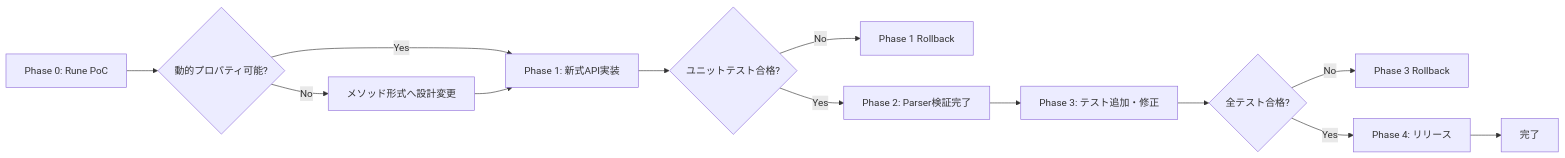
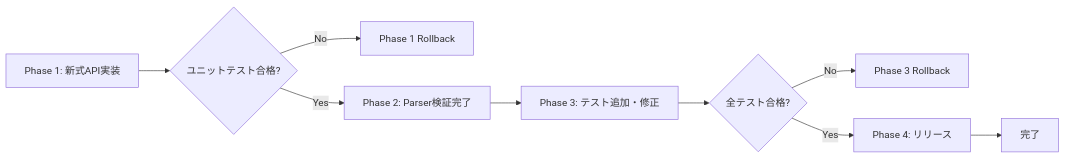
The fifth of 5 diagrams in .kiro/specs/pasta-transpiler-variable-expansion/design.md (ekicyou/pasta), drawn with Mermaid before and after one commit. The commit also changed other lines of this file, not shown here.

Commit message:
spec(pasta-transpiler-variable-expansion): 議題1クローズ - Rune Object方式採用、動的プロパティアクセス確認済み

````diff
--- a/.kiro/specs/pasta-transpiler-variable-expansion/design.md
+++ b/.kiro/specs/pasta-transpiler-variable-expansion/design.md
@@ -572,15 +594,11 @@
 ```mermaid
 flowchart LR
-    P0[Phase 0: Rune PoC] --> P0V{動的プロパティ可能?}
-    P0V -->|No| P0F[メソッド形式へ設計変更]
-    P0V -->|Yes| P1[Phase 1: 新式API実装]
-    P0F --> P1
-    P1 --> V1{ユニットテスト合格?}
+    P1[Phase 1: 新式API実装] --> V1{ユニットテスト合格?}
     V1 -->|No| RB1[Phase 1 Rollback]
     V1 -->|Yes| P2[Phase 2: Parser検証完了]
     P2 --> P3[Phase 3: テスト追加・修正]
     P3 --> V3{全テスト合格?}
     V3 -->|No| RB3[Phase 3 Rollback]
     V3 -->|Yes| P4[Phase 4: リリース]
     P4 --> Done[完了]
 ```
````
